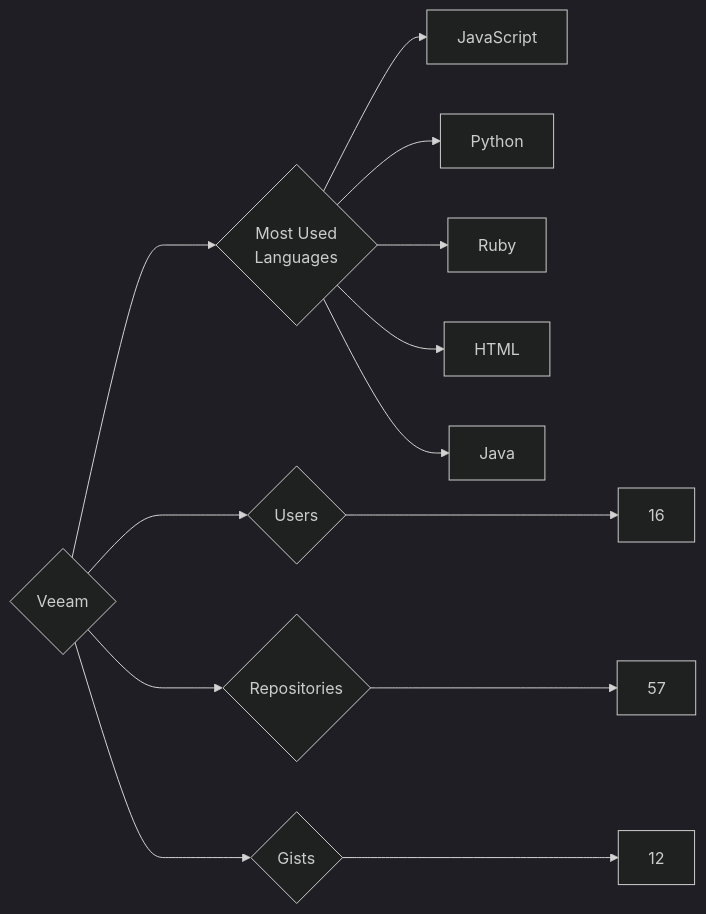
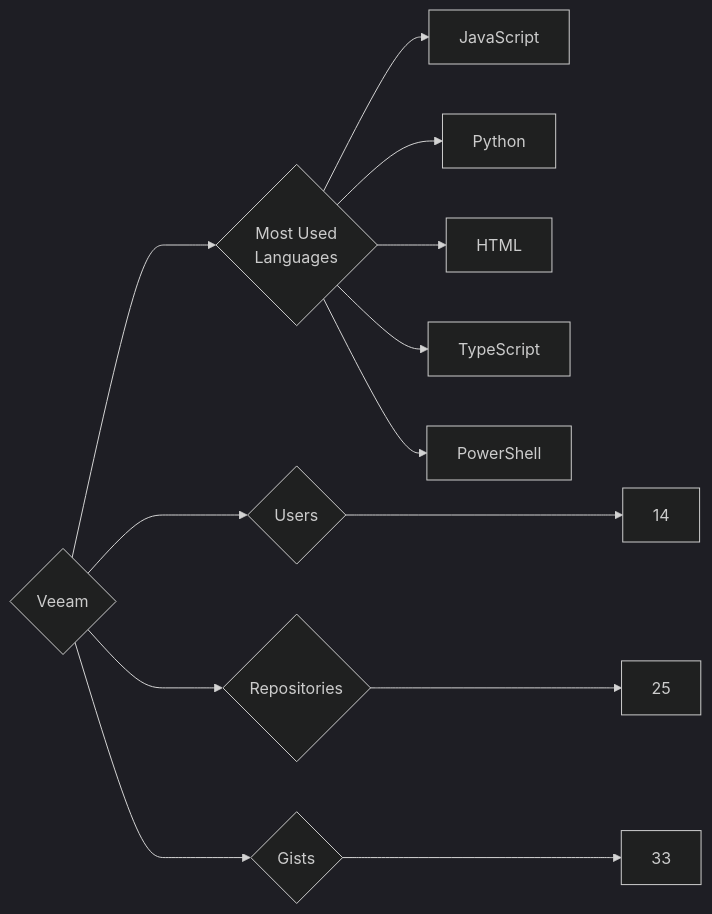
One commit to trickest/insiders changed the diagram in targets/Veeam/README.md. Above: the diagram before and after it, drawn with Mermaid (dark theme). The commit also changed 972 other files, not shown here.

````diff
--- a/targets/Veeam/README.md
+++ b/targets/Veeam/README.md
@@ -3,13 +3,13 @@
 ```mermaid
 graph LR
 COMPANY_NAME{Veeam}
-COMPANY_NAME ---> U{Users} ---> UN[16]
-COMPANY_NAME ---> R{Repositories} ---> RN[57]
-COMPANY_NAME ---> G{Gists} ---> GN[12]
+COMPANY_NAME ---> U{Users} ---> UN[14]
+COMPANY_NAME ---> R{Repositories} ---> RN[25]
+COMPANY_NAME ---> G{Gists} ---> GN[33]
 COMPANY_NAME ---> ML{Most Used<br>Languages}
 ML --> JavaScript[JavaScript]
 ML --> Python[Python]
-ML --> Ruby[Ruby]
 ML --> HTML[HTML]
-ML --> Java[Java]
+ML --> TypeScript[TypeScript]
+ML --> PowerShell[PowerShell]
 ```
````
